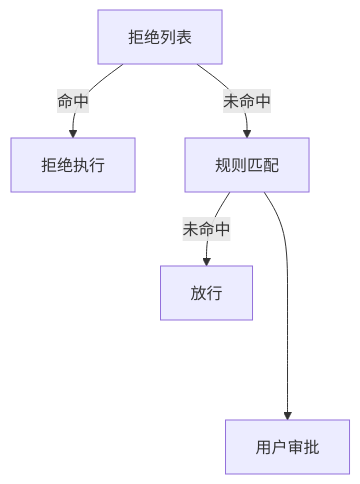
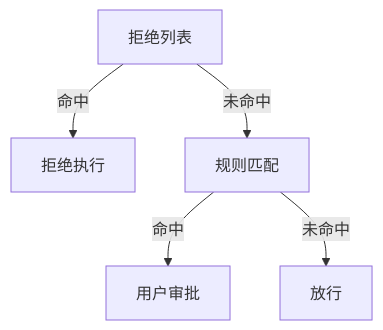
One commit to 44584/learn-claude-code changed the diagram in note/note_s03.md. Above: the diagram before and after it, drawn with Mermaid. The commit also changed other lines of this file and 2 other files, not shown here.

````diff
--- a/note/note_s03.md
+++ b/note/note_s03.md
@@ -14,7 +21,7 @@
 ```mermaid
 flowchart TB
 A[拒绝列表]--命中-->DENY[拒绝执行]
 A--未命中-->B[规则匹配]
-B---->C[用户审批]
+B--命中-->C[用户审批]
 B--未命中-->ALLAW[放行]
 ```
````
